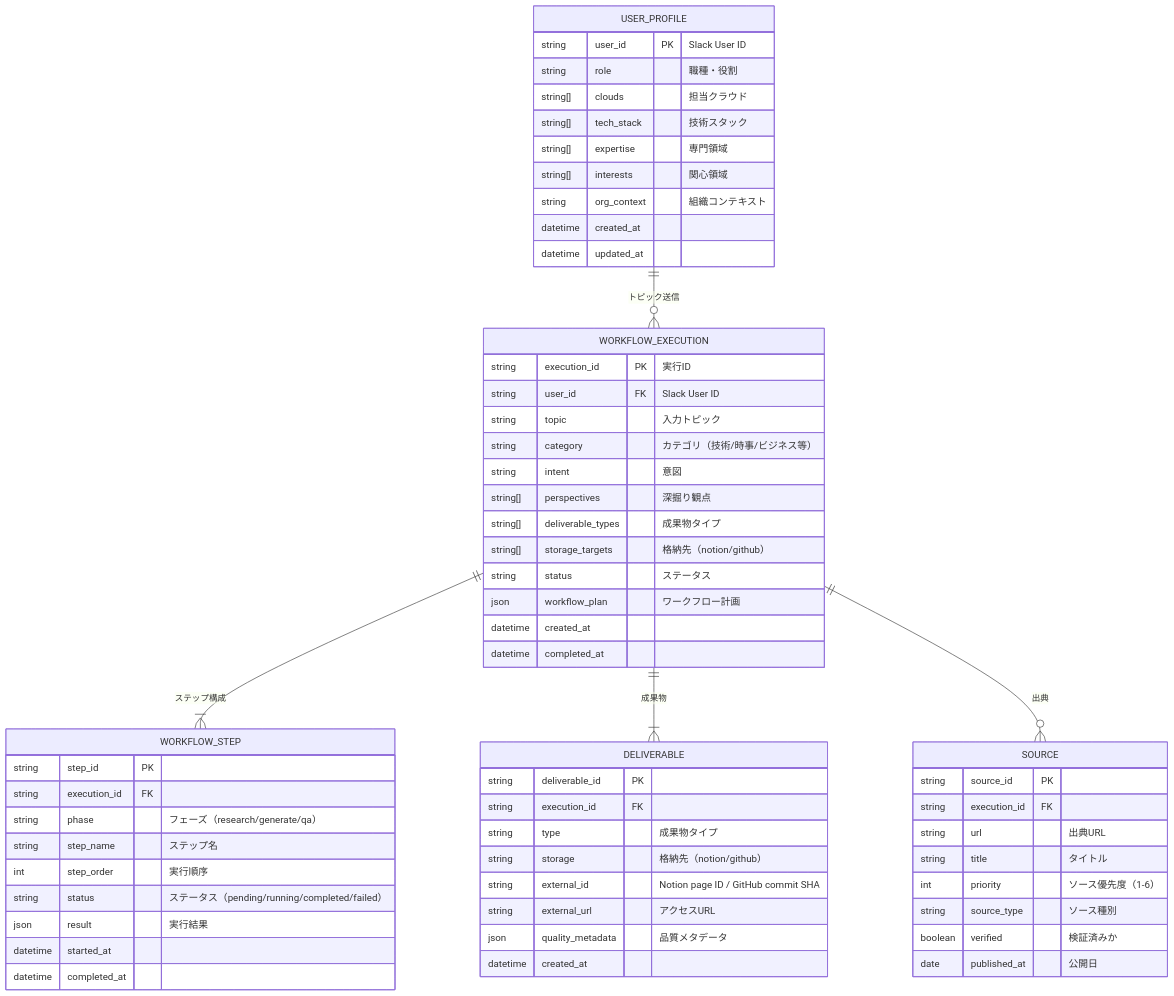
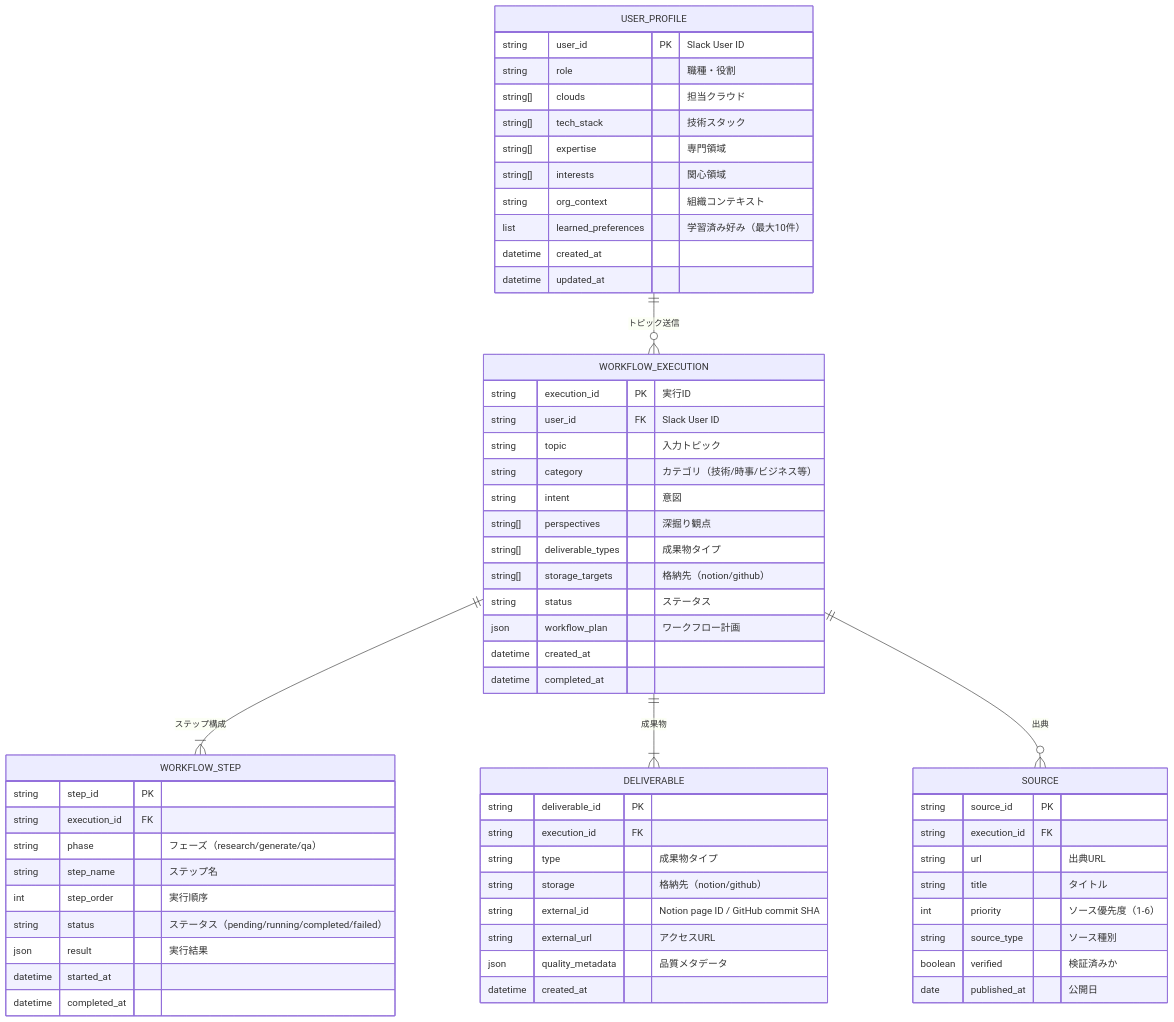
The second of 6 diagrams in docs/functional-design.md (Shintaro-Abe/catch-expander-code), drawn with Mermaid before and after one commit. The commit also changed other lines of this file and 15 other files, not shown here.

````diff
--- a/docs/functional-design.md
+++ b/docs/functional-design.md
@@ -107,68 +114,69 @@
 ```mermaid
 erDiagram
     USER_PROFILE {
         string user_id PK "Slack User ID"
         string role "職種・役割"
         string[] clouds "担当クラウド"
         string[] tech_stack "技術スタック"
         string[] expertise "専門領域"
         string[] interests "関心領域"
         string org_context "組織コンテキスト"
+        list learned_preferences "学習済み好み（最大10件）"
         datetime created_at
         datetime updated_at
     }
 
     WORKFLOW_EXECUTION {
         string execution_id PK "実行ID"
         string user_id FK "Slack User ID"
         string topic "入力トピック"
         string category "カテゴリ（技術/時事/ビジネス等）"
         string intent "意図"
         string[] perspectives "深掘り観点"
         string[] deliverable_types "成果物タイプ"
         string[] storage_targets "格納先（notion/github）"
         string status "ステータス"
         json workflow_plan "ワークフロー計画"
         datetime created_at
         datetime completed_at
     }
 
     WORKFLOW_STEP {
         string step_id PK
         string execution_id FK
         string phase "フェーズ（research/generate/qa）"
         string step_name "ステップ名"
         int step_order "実行順序"
         string status "ステータス（pending/running/completed/failed）"
         json result "実行結果"
         datetime started_at
         datetime completed_at
     }
 
     DELIVERABLE {
         string deliverable_id PK
         string execution_id FK
         string type "成果物タイプ"
         string storage "格納先（notion/github）"
         string external_id "Notion page ID / GitHub commit SHA"
         string external_url "アクセスURL"
         json quality_metadata "品質メタデータ"
         datetime created_at
     }
 
     SOURCE {
         string source_id PK
         string execution_id FK
         string url "出典URL"
         string title "タイトル"
         int priority "ソース優先度（1-6）"
         string source_type "ソース種別"
         boolean verified "検証済みか"
         date published_at "公開日"
     }
 
     USER_PROFILE ||--o{ WORKFLOW_EXECUTION : "トピック送信"
     WORKFLOW_EXECUTION ||--|{ WORKFLOW_STEP : "ステップ構成"
     WORKFLOW_EXECUTION ||--|{ DELIVERABLE : "成果物"
     WORKFLOW_EXECUTION ||--o{ SOURCE : "出典"
 ```
````
